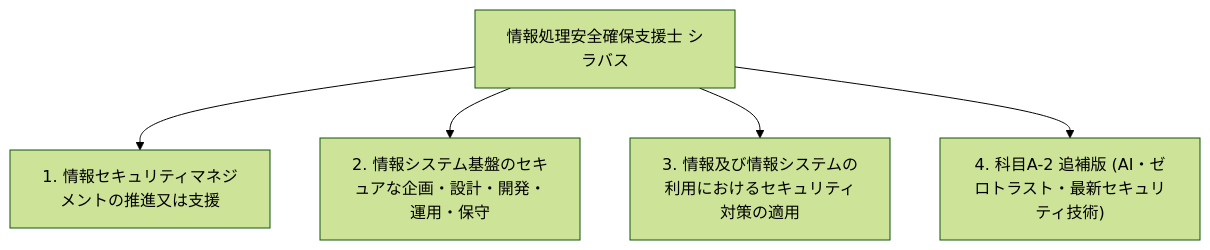
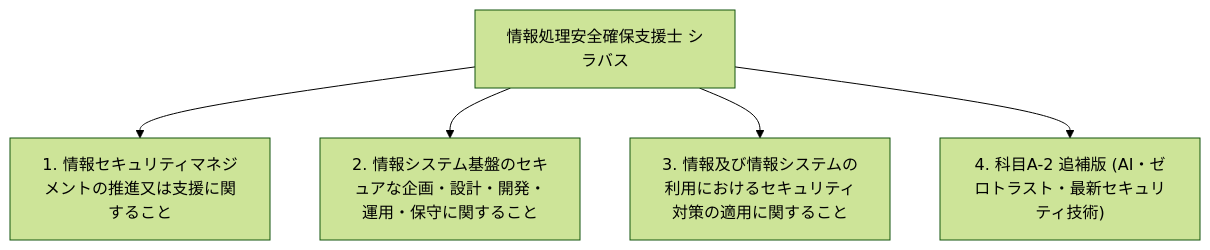
One commit to rokujyouhitoma/registered-Information-security-specialist-examination changed the diagram in docs/syllabus_detail.md. Above: the diagram before and after it, drawn with Mermaid (forest theme). The commit also changed other lines of this file, not shown here.

````diff
--- a/docs/syllabus_detail.md
+++ b/docs/syllabus_detail.md
@@ -11,7 +11,7 @@
 ```mermaid
 graph TD
-    A["情報処理安全確保支援士 シラバス"] --> B["1. 情報セキュリティマネジメントの推進又は支援"]
-    A --> C["2. 情報システム基盤のセキュアな企画・設計・開発・運用・保守"]
-    A --> D["3. 情報及び情報システムの利用におけるセキュリティ対策の適用"]
+    A["情報処理安全確保支援士 シラバス"] --> B["1. 情報セキュリティマネジメントの推進又は支援に関すること"]
+    A --> C["2. 情報システム基盤のセキュアな企画・設計・開発・運用・保守に関すること"]
+    A --> D["3. 情報及び情報システムの利用におけるセキュリティ対策の適用に関すること"]
     A --> E["4. 科目A-2 追補版 (AI・ゼロトラスト・最新セキュリティ技術)"]
 ```
````
